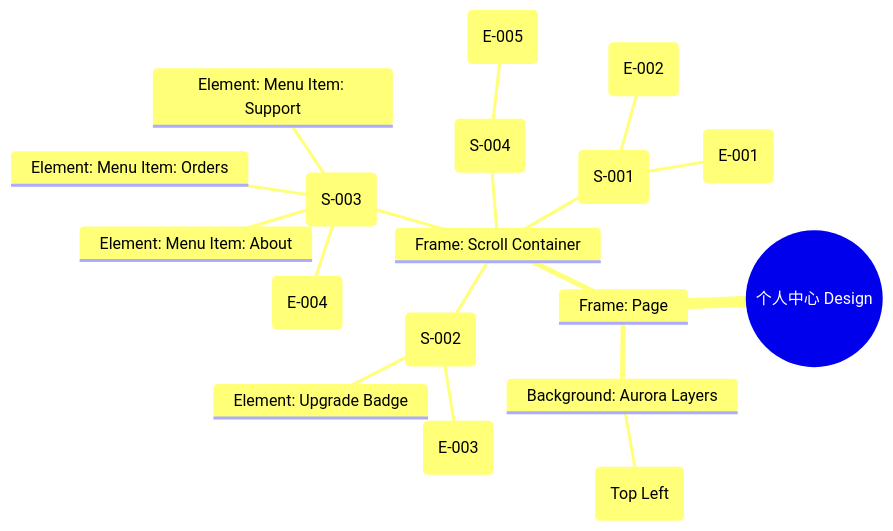
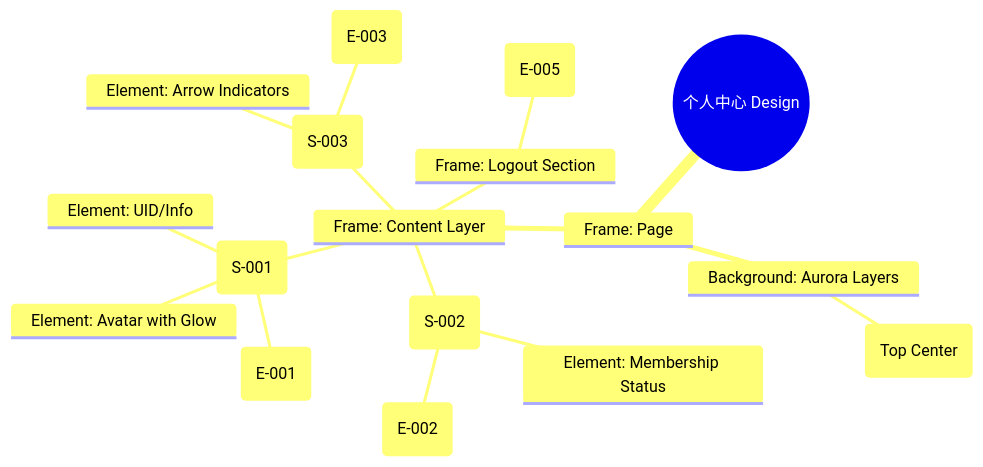
One commit to WangTW98/PM-Document-Skills changed the diagram in product/release/design/080-profile.md. Above: the diagram before and after it, drawn with Mermaid. The commit also changed other lines of this file and 14 other files, not shown here.

````diff
--- a/product/release/design/080-profile.md
+++ b/product/release/design/080-profile.md
@@ -47,21 +46,20 @@
 ```mermaid
 mindmap
   root((个人中心 Design))
     Frame: Page
       Background: Aurora Layers
-        Blob: Purple Glow (Top Left)
-      Frame: Scroll Container
+        Blob: Purple Glow (Top Center)
+      Frame: Content Layer
         Frame: Profile Header (S-001)
-          Element: Avatar (E-001)
-          Element: Nickname (E-002)
+          Element: Avatar with Glow
+          Element: User Name (E-001)
+          Element: UID/Info
         Frame: VIP Section (S-002)
-          Element: Membership Card (E-003)
-          Element: Upgrade Badge
+          Element: Black-Gold Glass Card (E-002)
+          Element: Membership Status
         Frame: Menu List (S-003)
-          Element: Menu Item: History (E-004)
-          Element: Menu Item: Orders
-          Element: Menu Item: Support
-          Element: Menu Item: About
-        Frame: Logout Area (S-004)
+          Element: Glass Menu Items (E-003)
+          Element: Arrow Indicators
+        Frame: Logout Section
           Element: Logout Button (E-005)
 ```
````
